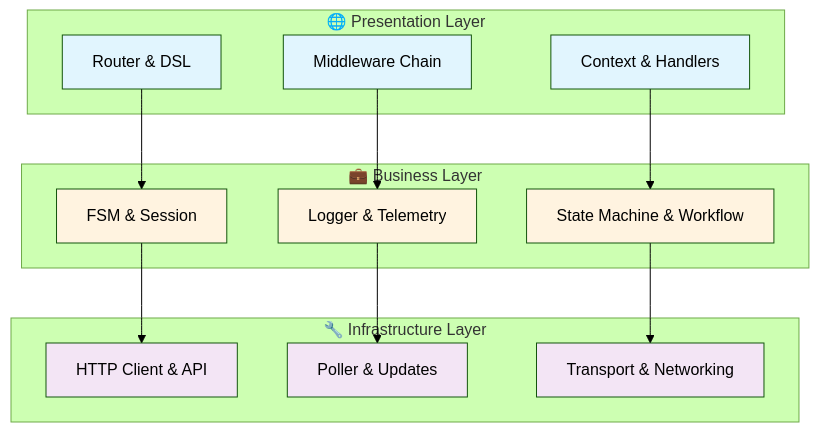
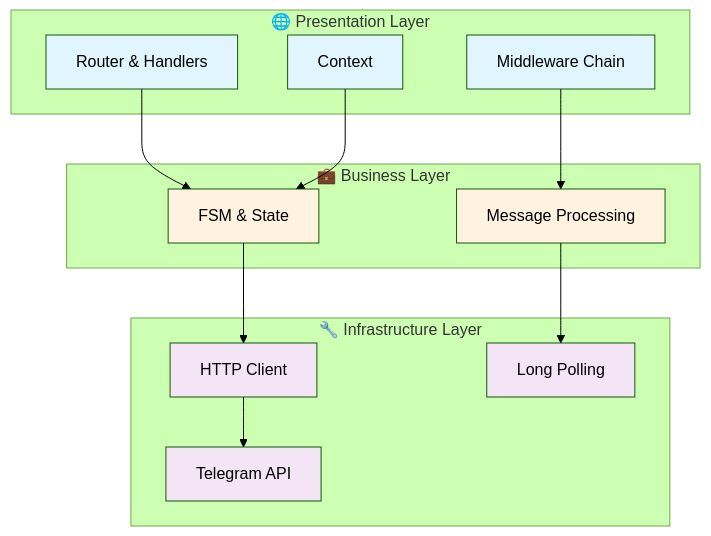
One commit to AlexMayka/IndiviService-bot changed the diagram in README.md. Above: the diagram before and after it, drawn with Mermaid (forest theme). The commit also changed other lines of this file, not shown here.

````diff
--- a/README.md
+++ b/README.md
@@ -182,37 +151,35 @@
 ```mermaid
 graph TB
     subgraph "🌐 Presentation Layer"
-        A[Router & DSL]
+        A[Router & Handlers]
         B[Middleware Chain]
-        C[Context & Handlers]
+        C[Context]
     end
     
     subgraph "💼 Business Layer"
-        D[FSM & Session]
-        E[Logger & Telemetry]
-        F[State Machine & Workflow]
+        D[FSM & State]
+        E[Message Processing]
     end
     
     subgraph "🔧 Infrastructure Layer"
-        G[HTTP Client & API]
-        H[Poller & Updates]
-        I[Transport & Networking]
+        F[HTTP Client]
+        G[Long Polling]
+        H[Telegram API]
     end
     
     A --> D
     B --> E
-    C --> F
-    D --> G
-    E --> H
-    F --> I
+    C --> D
+    D --> F
+    E --> G
+    F --> H
     
     style A fill:#e1f5fe
     style B fill:#e1f5fe
     style C fill:#e1f5fe
     style D fill:#fff3e0
     style E fill:#fff3e0
-    style F fill:#fff3e0
+    style F fill:#f3e5f5
     style G fill:#f3e5f5
     style H fill:#f3e5f5
-    style I fill:#f3e5f5
 ```
````
